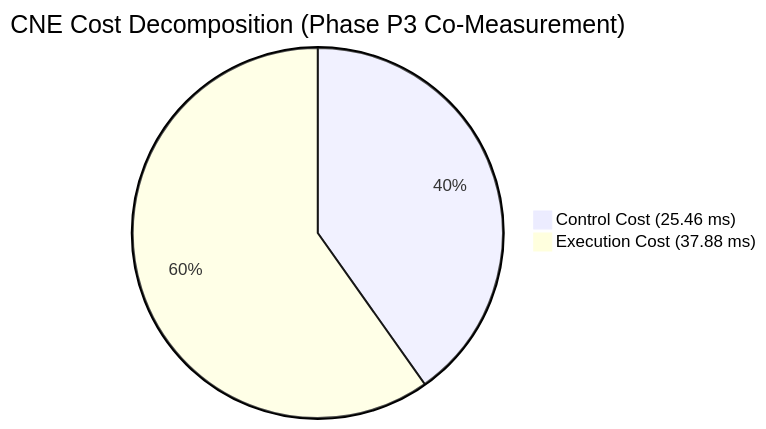
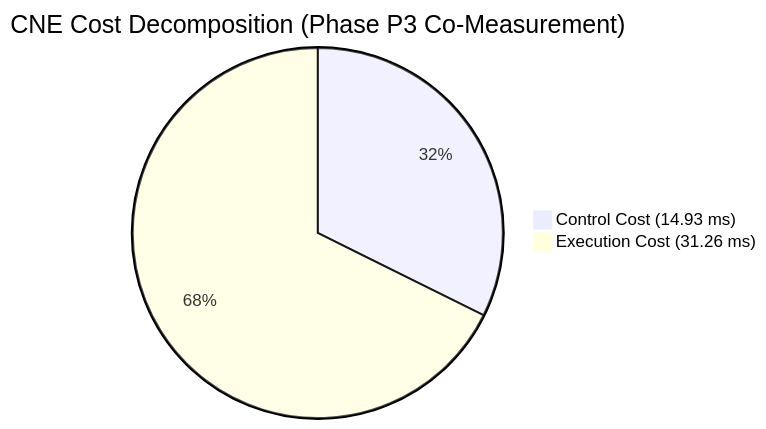
The first of 2 diagrams in docs/BENCHMARK_REPORT.md (PrivateAccount-01/CNE), drawn with Mermaid before and after one commit. The commit also changed other lines of this file and 25 other files, not shown here.

````diff
--- a/docs/BENCHMARK_REPORT.md
+++ b/docs/BENCHMARK_REPORT.md
@@ -33,5 +33,5 @@
 ```mermaid
 pie title CNE Cost Decomposition (Phase P3 Co-Measurement)
-    "Control Cost (25.46 ms)" : 25.46
-    "Execution Cost (37.88 ms)" : 37.88
+    "Control Cost (14.93 ms)" : 14.93
+    "Execution Cost (31.26 ms)" : 31.26
 ```
````
